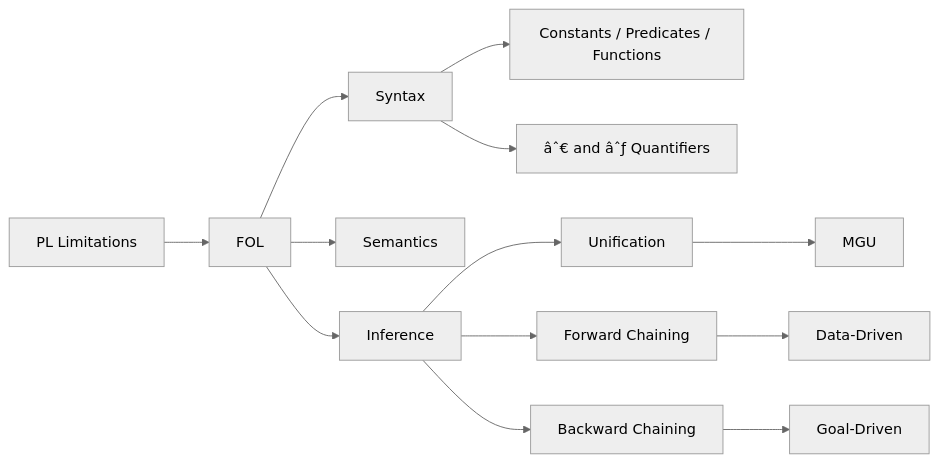
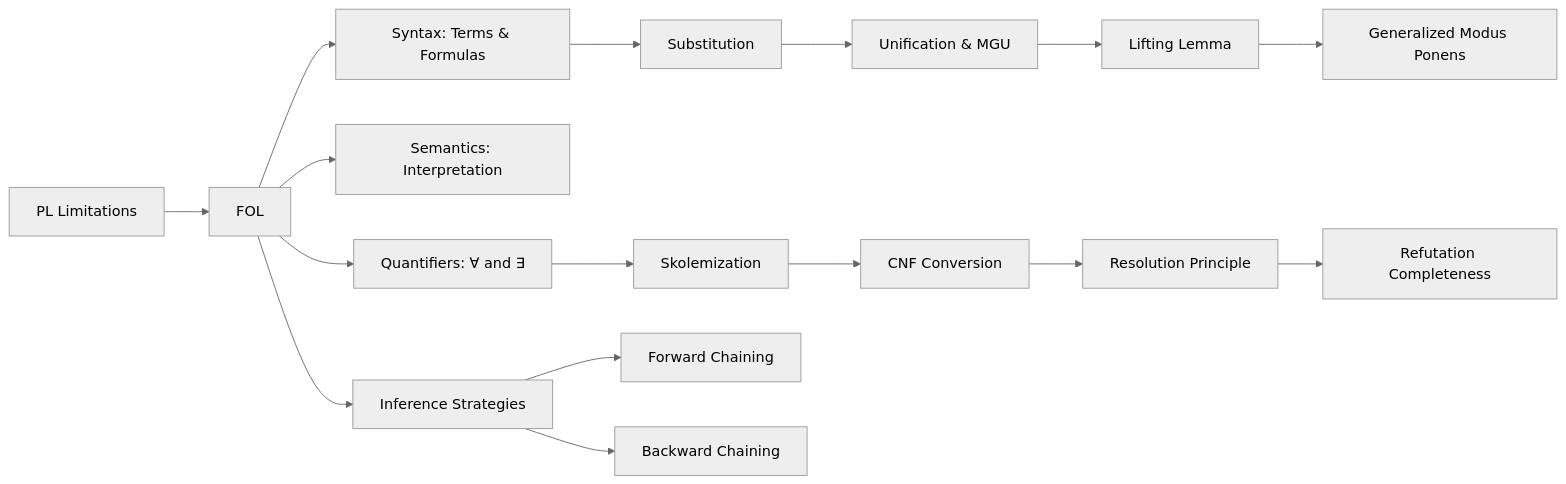
One commit to Raushan666java/ai-engineering-journey changed the diagram in docs/courses/artificial-intelligence/07-fol.md. Above: the diagram before and after it, drawn with Mermaid (neutral theme). The commit also changed other lines of this file and 26 other files, not shown here.

````diff
--- a/docs/courses/artificial-intelligence/07-fol.md
+++ b/docs/courses/artificial-intelligence/07-fol.md
@@ -26,15 +42,18 @@
 ```mermaid
 flowchart LR
     A[PL Limitations] --> B[FOL]
-    B --> C[Syntax]
-    B --> D[Semantics]
-    C --> E[Constants / Predicates / Functions]
-    C --> F[âˆ€ and âˆƒ Quantifiers]
-    B --> G[Inference]
-    G --> H[Unification]
-    G --> I[Forward Chaining]
-    G --> J[Backward Chaining]
-    H --> K[MGU]
-    I --> L[Data-Driven]
-    J --> M[Goal-Driven]
+    B --> C[Syntax: Terms & Formulas]
+    B --> D[Semantics: Interpretation]
+    B --> E[Quantifiers: ∀ and ∃]
+    C --> F[Substitution]
+    F --> G[Unification & MGU]
+    E --> H[Skolemization]
+    H --> I[CNF Conversion]
+    I --> J[Resolution Principle]
+    B --> K[Inference Strategies]
+    K --> L[Forward Chaining]
+    K --> M[Backward Chaining]
+    G --> N[Lifting Lemma]
+    N --> O[Generalized Modus Ponens]
+    J --> P[Refutation Completeness]
 ```
````
